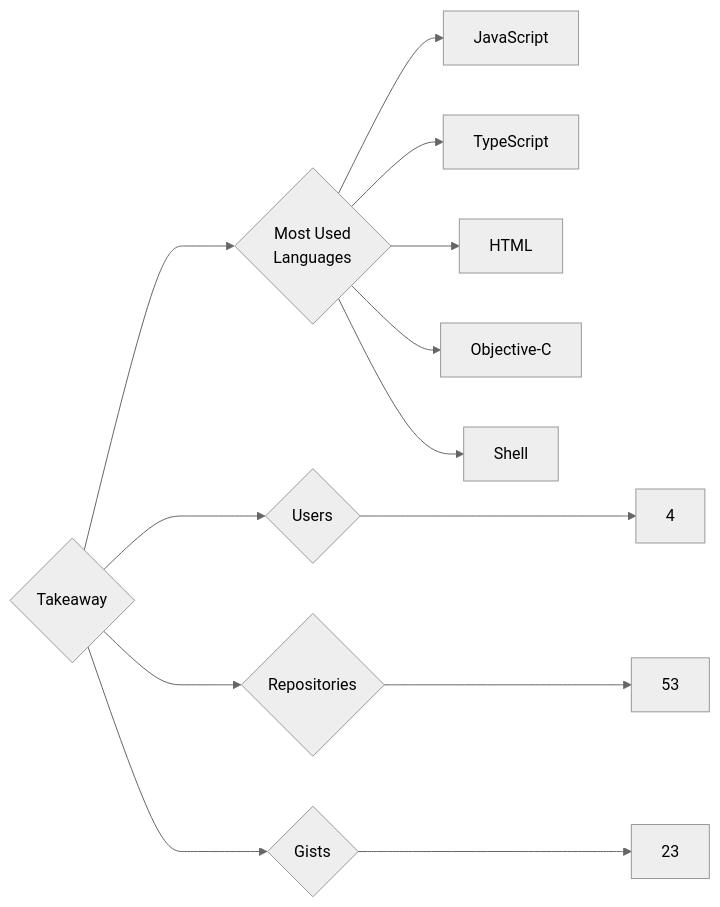
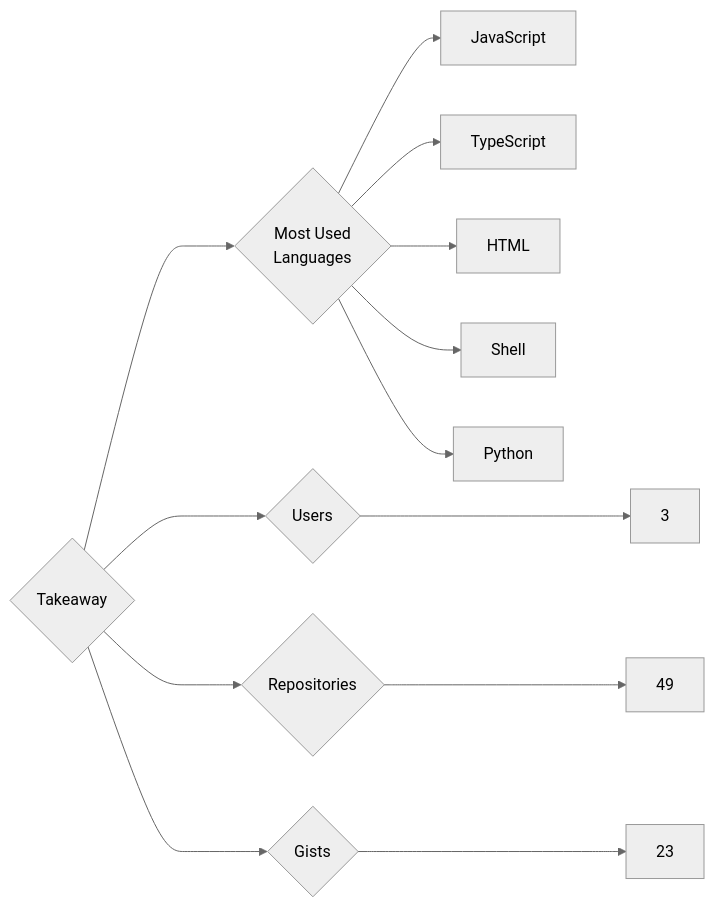
One commit to trickest/insiders changed the diagram in targets/Takeaway/README.md. Above: the diagram before and after it, drawn with Mermaid (neutral theme). The commit also changed 823 other files, not shown here.

````diff
--- a/targets/Takeaway/README.md
+++ b/targets/Takeaway/README.md
@@ -3,13 +3,13 @@
 ```mermaid
 graph LR
 COMPANY_NAME{Takeaway}
-COMPANY_NAME ---> U{Users} ---> UN[4]
-COMPANY_NAME ---> R{Repositories} ---> RN[53]
+COMPANY_NAME ---> U{Users} ---> UN[3]
+COMPANY_NAME ---> R{Repositories} ---> RN[49]
 COMPANY_NAME ---> G{Gists} ---> GN[23]
 COMPANY_NAME ---> ML{Most Used<br>Languages}
 ML --> JavaScript[JavaScript]
 ML --> TypeScript[TypeScript]
 ML --> HTML[HTML]
-ML --> Objective-C[Objective-C]
 ML --> Shell[Shell]
+ML --> Python[Python]
 ```
````
